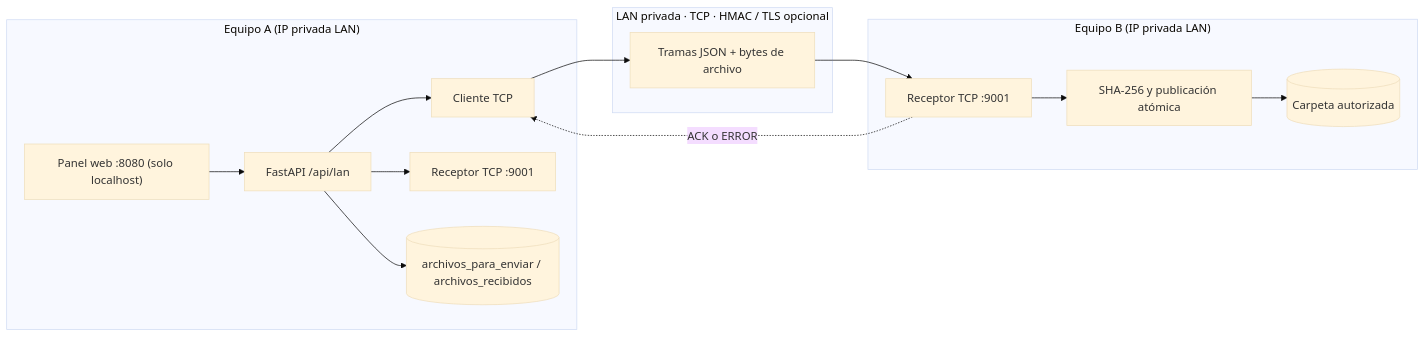
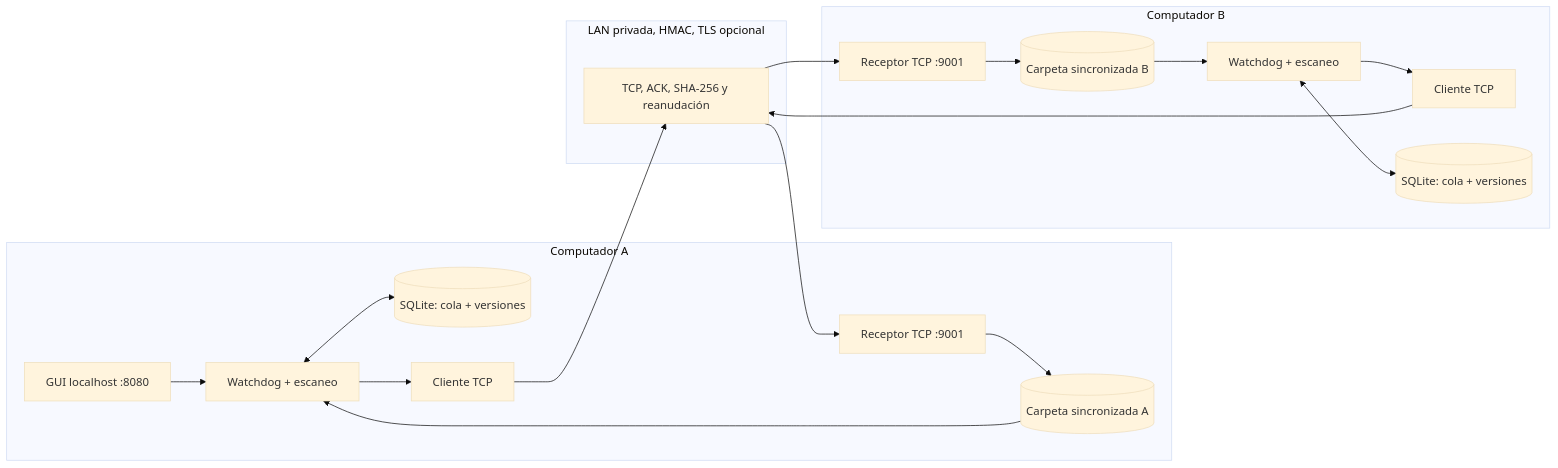
One commit to Codeforgeettttt/localsync-lan-engine_SistemasOperativos_G1 changed the diagram in README.md. Above: the diagram before and after it, drawn with Mermaid (base theme). The commit also changed other lines of this file, not shown here.

Commit message:
docs(readme): documentar sincronización automática, reanudación, descubrimiento y despliegue final

````diff
--- a/README.md
+++ b/README.md
@@ -55,25 +39,32 @@
 ```mermaid
 flowchart LR
-    subgraph A["Equipo A (IP privada LAN)"]
-      UIA["Panel web :8080 (solo localhost)"]
-      APIA["FastAPI /api/lan"]
-      CLA["Cliente TCP"]
-      RECA["Receptor TCP :9001"]
-      FSA[("archivos_para_enviar / archivos_recibidos")]
-      UIA --> APIA
-      APIA --> CLA
-      APIA --> RECA
-      APIA --> FSA
-    end
-    subgraph LAN["LAN privada · TCP · HMAC / TLS opcional"]
-       TCP["Tramas JSON + bytes de archivo"]
-    end
-    subgraph B["Equipo B (IP privada LAN)"]
-      RECB["Receptor TCP :9001"]
-      FSB[("Carpeta autorizada")]
-      HASH["SHA-256 y publicación atómica"]
-      RECB --> HASH --> FSB
-    end
-    CLA --> TCP --> RECB
-    RECB -. "ACK o ERROR" .-> CLA
+  subgraph A["Computador A"]
+    GUI_A["GUI localhost :8080"]
+    SYNC_A["Watchdog + escaneo"]
+    DB_A[("SQLite: cola + versiones")]
+    TX_A["Cliente TCP"]
+    RX_A["Receptor TCP :9001"]
+    FS_A[("Carpeta sincronizada A")]
+    GUI_A --> SYNC_A
+    SYNC_A <--> DB_A
+    SYNC_A --> TX_A
+    RX_A --> FS_A
+    FS_A --> SYNC_A
+  end
+  subgraph LAN["LAN privada, HMAC, TLS opcional"]
+    NET["TCP, ACK, SHA-256 y reanudación"]
+  end
+  subgraph B["Computador B"]
+    TX_B["Cliente TCP"]
+    RX_B["Receptor TCP :9001"]
+    SYNC_B["Watchdog + escaneo"]
+    DB_B[("SQLite: cola + versiones")]
+    FS_B[("Carpeta sincronizada B")]
+    RX_B --> FS_B
+    FS_B --> SYNC_B
+    SYNC_B <--> DB_B
+    SYNC_B --> TX_B
+  end
+  TX_A --> NET --> RX_B
+  TX_B --> NET --> RX_A
 ```
````
